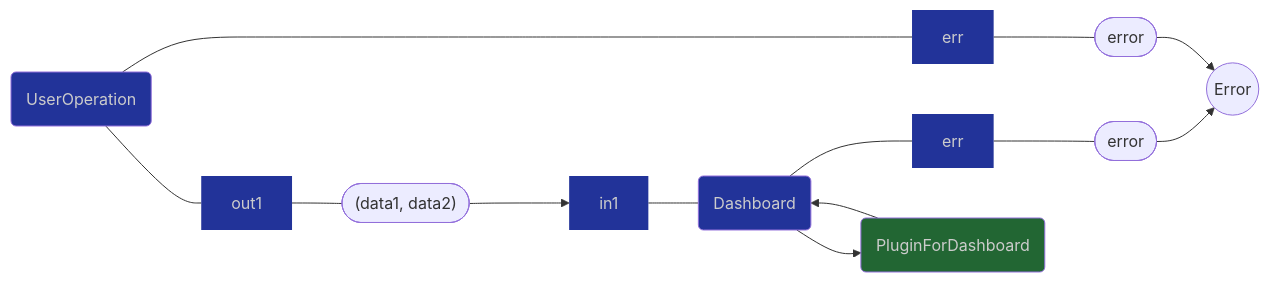
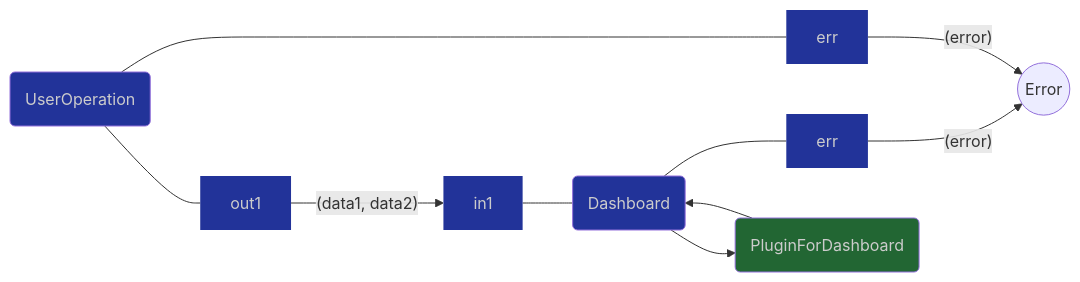
The first of 2 diagrams in mermaid/test-links.md (flowdev/flow-dsl), drawn with Mermaid before and after one commit. The commit also changed other lines of this file, not shown here.

````diff
--- a/mermaid/test-links.md
+++ b/mermaid/test-links.md
@@ -3,34 +5,31 @@
 ```mermaid
 flowchart LR
     user("UserOperation")
     user_out1["out1"]
-    user_data(["(data1, data2)"])
     user_err["err"]
-    user_error(["error"])
     dash("Dashboard")
     dash_in1["in1"]
     dash_err["err"]
-    dash_error(["error"])
     dash_plug1("PluginForDashboard")
     err(("Error"))
 
     dash --> dash_plug1 --> dash
     user --- user_out1
-    user_out1 --- user_data ---> dash_in1
+    user_out1 -- "(data1, data2)" --> dash_in1
     dash_in1 --- dash
     dash --- dash_err
-    dash_err --- dash_error --> err
+    dash_err -- "(error)" --> err
     user --- user_err
-    user_err --- user_error --> err
+    user_err -- "(error)" --> err
 
     classDef comp fill:#239,color:#ccc;
     classDef port fill:#239,color:#ccc,stroke-width:0;
     classDef plugin fill:#263,color:#ccc;
     class user comp
     class user_out1 port
     class user_err port
     class dash_in1 port
     class dash comp
     class dash_err port
     class dash_plug1 plugin
 ```
````
